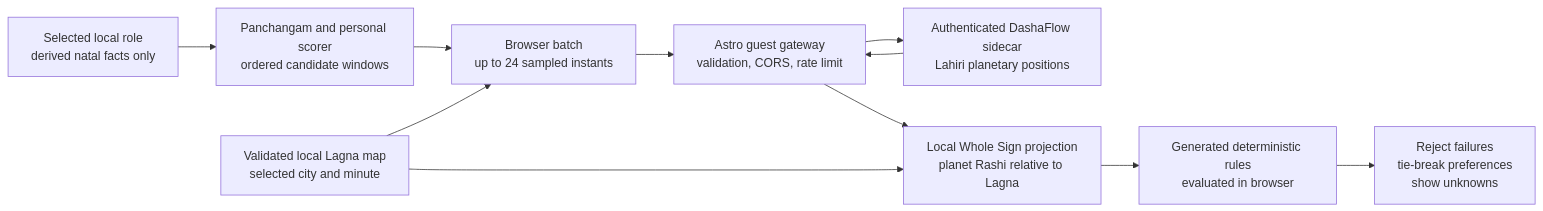
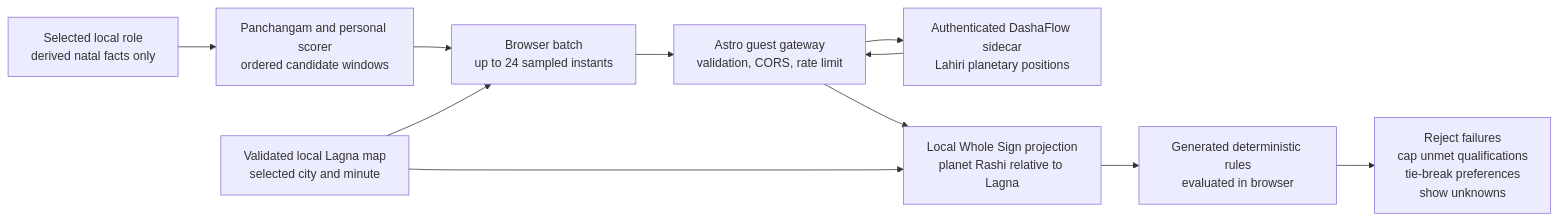
The diagram in docs/reference/54-muhurtam-election-chart-screening.md (socraticsurge/telugu-calendar-utilities), drawn with Mermaid before and after one commit. The commit also changed other lines of this file and 60 other files, not shown here.

Commit message:
Add Gold election-chart qualification assessor

````diff
--- a/docs/reference/54-muhurtam-election-chart-screening.md
+++ b/docs/reference/54-muhurtam-election-chart-screening.md
@@ -35,17 +41,17 @@
 ```mermaid
 flowchart LR
     BASE["Panchangam and personal scorer<br/>ordered candidate windows"]
     ROLE["Selected local role<br/>derived natal facts only"]
     BATCH["Browser batch<br/>up to 24 sampled instants"]
     GATE["Astro guest gateway<br/>validation, CORS, rate limit"]
     SIDE["Authenticated DashaFlow sidecar<br/>Lahiri planetary positions"]
     LAGNA["Validated local Lagna map<br/>selected city and minute"]
     PROJECT["Local Whole Sign projection<br/>planet Rashi relative to Lagna"]
     RULES["Generated deterministic rules<br/>evaluated in browser"]
-    OUT["Reject failures<br/>tie-break preferences<br/>show unknowns"]
+    OUT["Reject failures<br/>cap unmet qualifications<br/>tie-break preferences<br/>show unknowns"]
 
     ROLE --> BASE
     BASE --> BATCH --> GATE --> SIDE --> GATE --> PROJECT --> RULES --> OUT
     LAGNA --> BATCH
     LAGNA --> PROJECT
 ```
````
